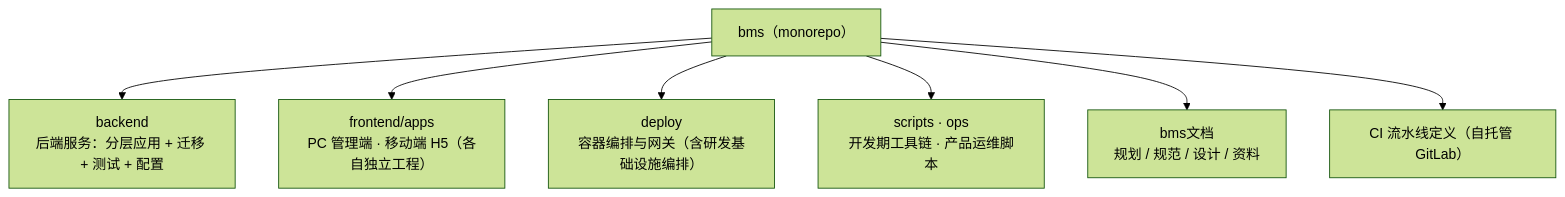
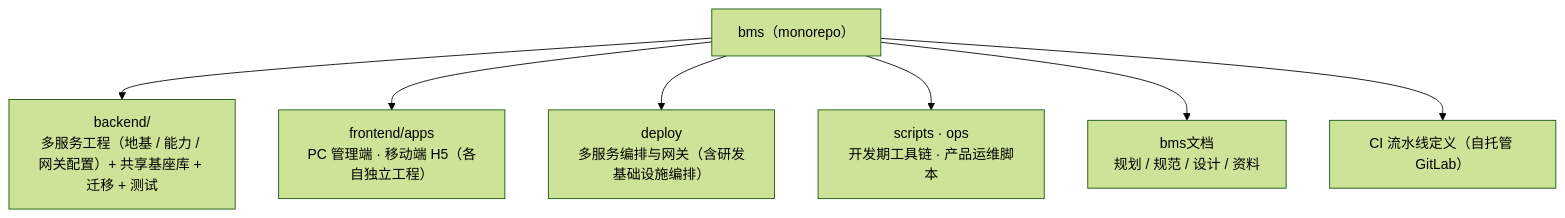
Before and after one commit to minjian123/basic-management-system: the third of 3 diagrams in bms文档/设计/架构设计/03_架构设计_总体架构.md, drawn with Mermaid (forest theme). The commit also changed other lines of this file and 20 other files, not shown here.

````diff
--- a/bms文档/设计/架构设计/03_架构设计_总体架构.md
+++ b/bms文档/设计/架构设计/03_架构设计_总体架构.md
@@ -66,9 +77,9 @@
 ```mermaid
 flowchart TD
-    ROOT["bms（monorepo）"] --> BE["backend<br/>后端服务：分层应用 + 迁移 + 测试 + 配置"]
+    ROOT["bms（monorepo）"] --> BE["backend/<br/>多服务工程（地基 / 能力 / 网关配置）+ 共享基座库 + 迁移 + 测试"]
     ROOT --> FE["frontend/apps<br/>PC 管理端 · 移动端 H5（各自独立工程）"]
-    ROOT --> DEP["deploy<br/>容器编排与网关（含研发基础设施编排）"]
+    ROOT --> DEP["deploy<br/>多服务编排与网关（含研发基础设施编排）"]
     ROOT --> TOOL["scripts · ops<br/>开发期工具链 · 产品运维脚本"]
     ROOT --> DOC["bms文档<br/>规划 / 规范 / 设计 / 资料"]
     ROOT --> CI["CI 流水线定义（自托管 GitLab）"]
 ```
````
